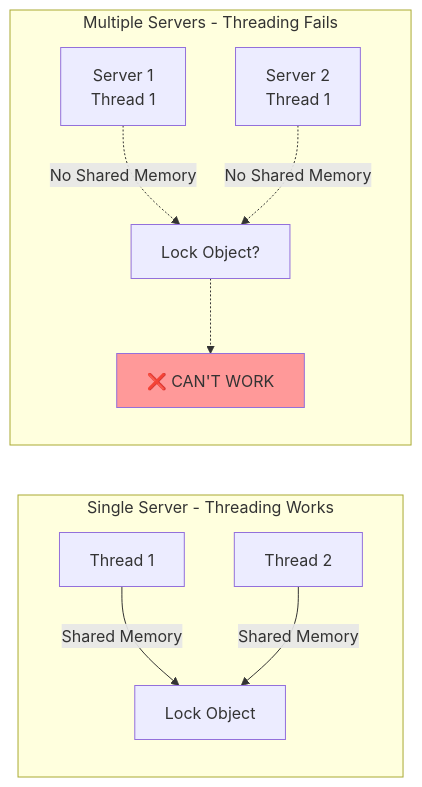
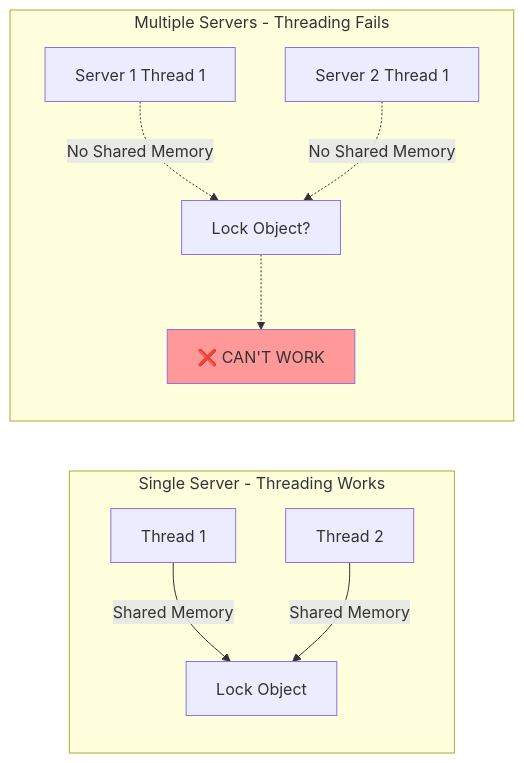
One commit to p1kmr/for-reading changed the second of 39 diagrams in Distributed_Concurrency_Control_Guide.md. Above: the diagram before and after it, drawn with Mermaid. The commit also changed other lines of this file and 2 other files, not shown here.

Commit message:
Fix Mermaid rendering issues in Databases and Message Queues guides by simplifying complex diagrams

````diff
--- a/Distributed_Concurrency_Control_Guide.md
+++ b/Distributed_Concurrency_Control_Guide.md
@@ -61,15 +61,15 @@
 ```mermaid
 graph LR
     subgraph "Single Server - Threading Works"
         A[Thread 1] -->|Shared Memory| C[Lock Object]
         B[Thread 2] -->|Shared Memory| C
     end
 
     subgraph "Multiple Servers - Threading Fails"
-        D[Server 1<br/>Thread 1] -.->|No Shared Memory| F[Lock Object?]
-        E[Server 2<br/>Thread 1] -.->|No Shared Memory| F
+        D[Server 1 Thread 1] -.->|No Shared Memory| F[Lock Object?]
+        E[Server 2 Thread 1] -.->|No Shared Memory| F
         F -.-> G[❌ CAN'T WORK]
     end
 
     style G fill:#ff9999
 ```
````
